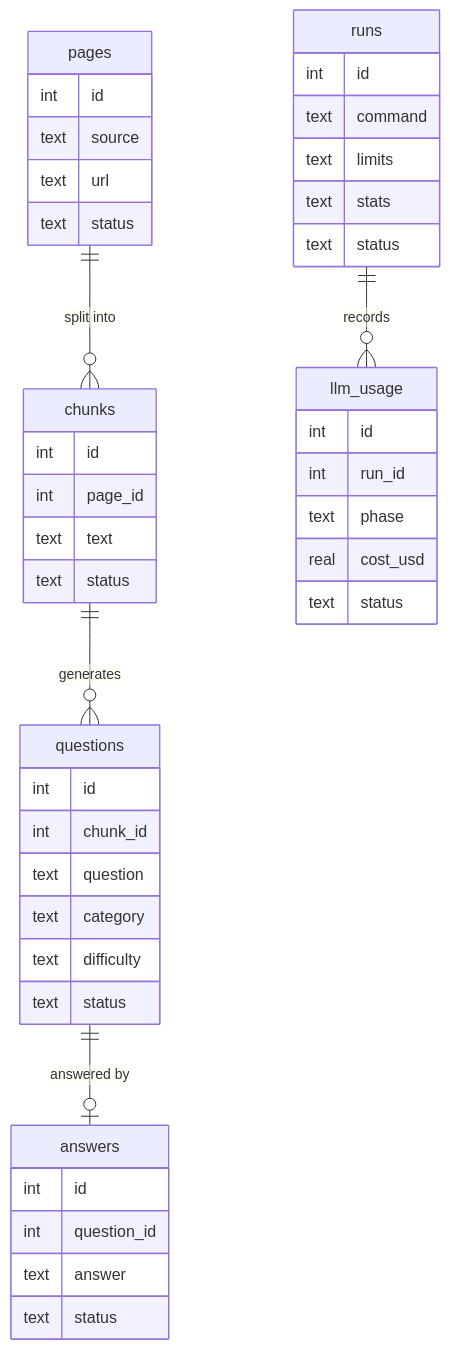
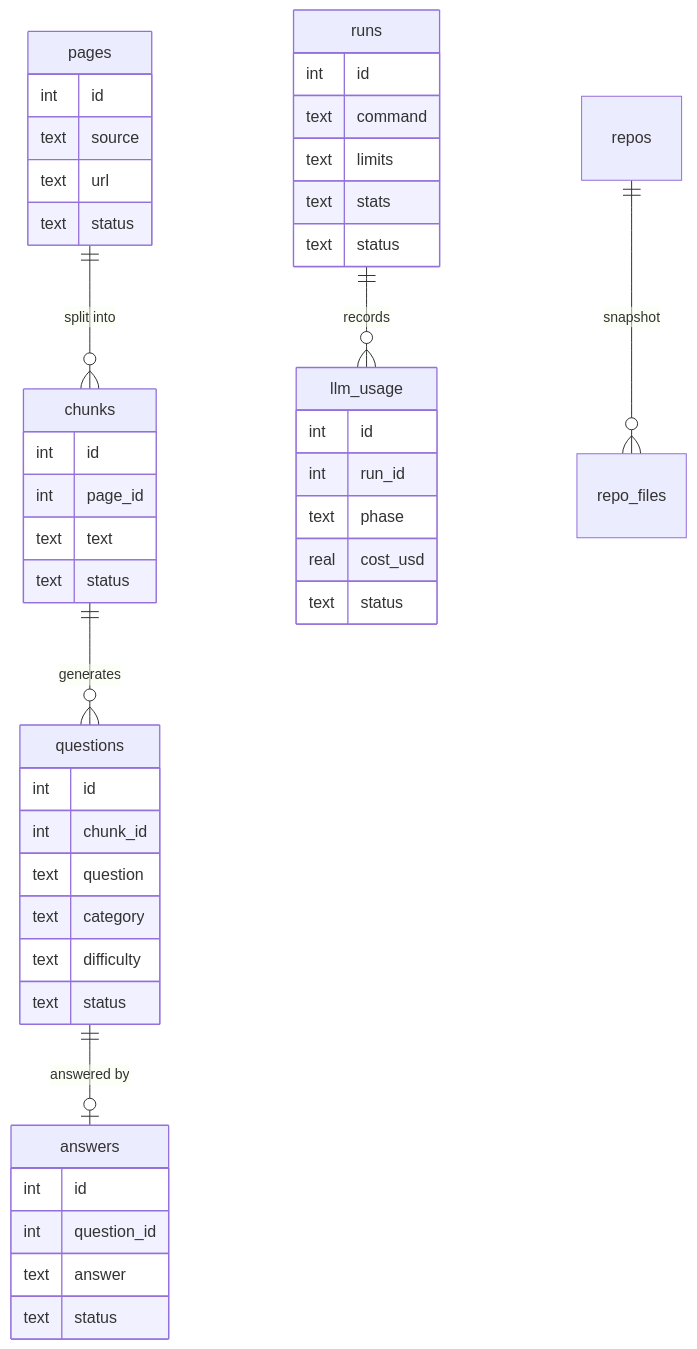
The diagram in docs/schemas.md (sajith-jeewantha/ballerina-sft-dataset-pipeline), drawn with Mermaid before and after one commit. The commit also changed other lines of this file and 20 other files, not shown here.

First line of the commit message:
Add licence-gated repo collector: sftgen collect-repos (plan v2 M3)

````diff
--- a/docs/schemas.md
+++ b/docs/schemas.md
@@ -7,47 +7,48 @@
 ```mermaid
 erDiagram
     pages ||--o{ chunks : "split into"
     chunks ||--o{ questions : "generates"
     questions ||--o| answers : "answered by"
     runs ||--o{ llm_usage : "records"
+    repos ||--o{ repo_files : "snapshot"
     pages {
         int id
         text source
         text url
         text status
     }
     chunks {
         int id
         int page_id
         text text
         text status
     }
     questions {
         int id
         int chunk_id
         text question
         text category
         text difficulty
         text status
     }
     answers {
         int id
         int question_id
         text answer
         text status
     }
     runs {
         int id
         text command
         text limits
         text stats
         text status
     }
     llm_usage {
         int id
         int run_id
         text phase
         real cost_usd
         text status
     }
 ```
````
